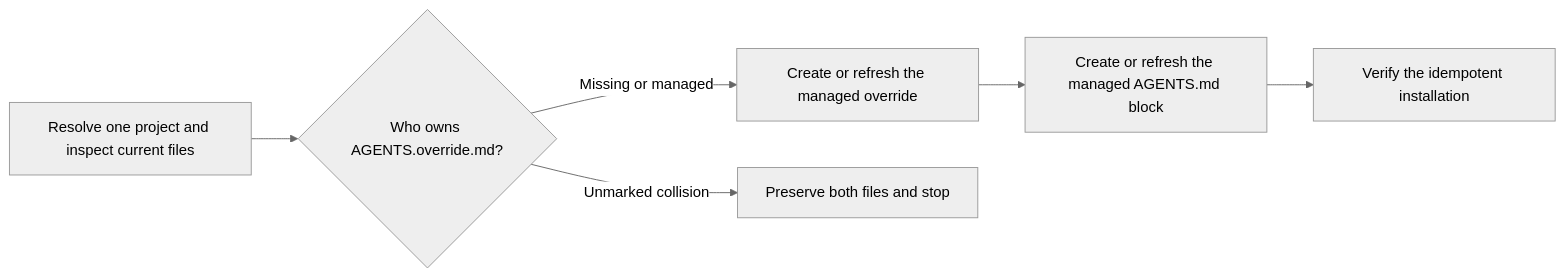
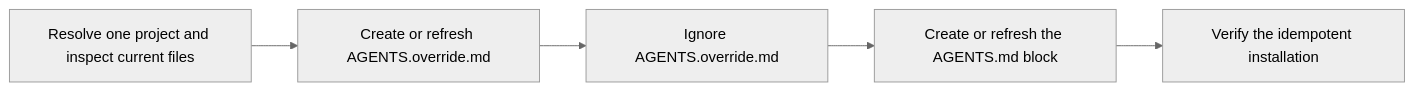
The diagram in plugin/skills/ptlam-setup/SKILL.md (fam-tung-lam/ptlam-agent-plugin), drawn with Mermaid (neutral theme) before and after one commit. The commit also changed other lines of this file and 3 other files, not shown here.

````diff
--- a/plugin/skills/ptlam-setup/SKILL.md
+++ b/plugin/skills/ptlam-setup/SKILL.md
@@ -14,8 +15,7 @@
 ```mermaid
 flowchart LR
-    InspectProject["Resolve one project and inspect current files"] --> OverrideOwner{"Who owns AGENTS.override.md?"}
-    OverrideOwner -->|"Missing or managed"| RefreshOverride["Create or refresh the managed override"]
-    OverrideOwner -->|"Unmarked collision"| ReportCollision["Preserve both files and stop"]
-    RefreshOverride --> LinkFromAgents["Create or refresh the managed AGENTS.md block"]
+    InspectProject["Resolve one project and inspect current files"] --> RefreshOverride["Create or refresh AGENTS.override.md"]
+    RefreshOverride --> IgnoreOverride["Ignore AGENTS.override.md"]
+    IgnoreOverride --> LinkFromAgents["Create or refresh the AGENTS.md block"]
     LinkFromAgents --> VerifyInstallation["Verify the idempotent installation"]
 ```
````
